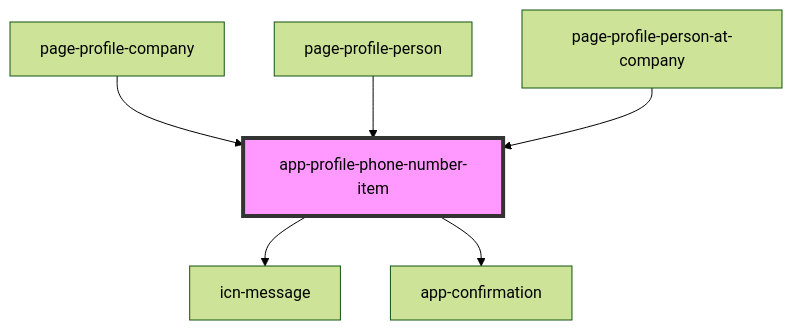
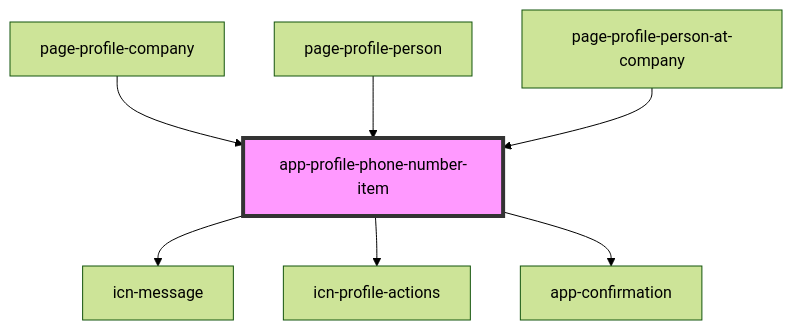
The diagram in iconeventnetwork-web/src/components/app-profile-phone-number-item/readme.md (lokheed/IconEventNetwork.Web), drawn with Mermaid (forest theme) before and after one commit. The commit also changed other lines of this file and 37 other files, not shown here.

Commit message:
refactor profile edit/delete actions

````diff
--- a/iconeventnetwork-web/src/components/app-profile-phone-number-item/readme.md
+++ b/iconeventnetwork-web/src/components/app-profile-phone-number-item/readme.md
@@ -41,9 +42,10 @@
 ```mermaid
 graph TD;
   app-profile-phone-number-item --> icn-message
+  app-profile-phone-number-item --> icn-profile-actions
   app-profile-phone-number-item --> app-confirmation
   page-profile-company --> app-profile-phone-number-item
   page-profile-person --> app-profile-phone-number-item
   page-profile-person-at-company --> app-profile-phone-number-item
   style app-profile-phone-number-item fill:#f9f,stroke:#333,stroke-width:4px
 ```
````
